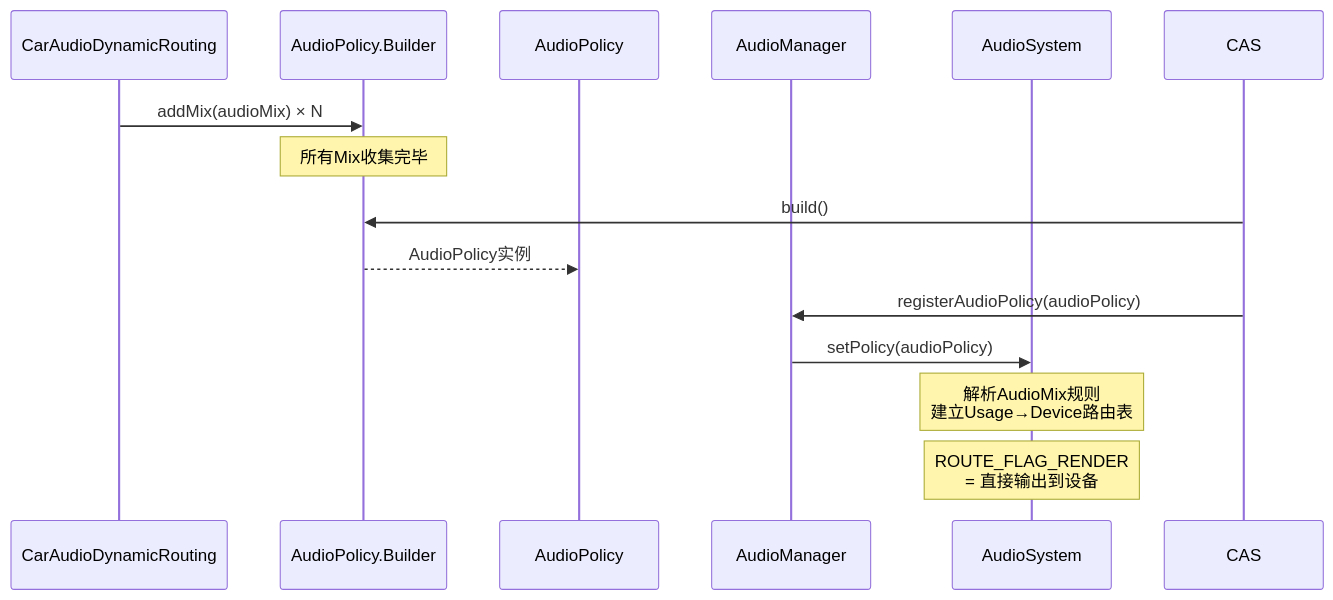
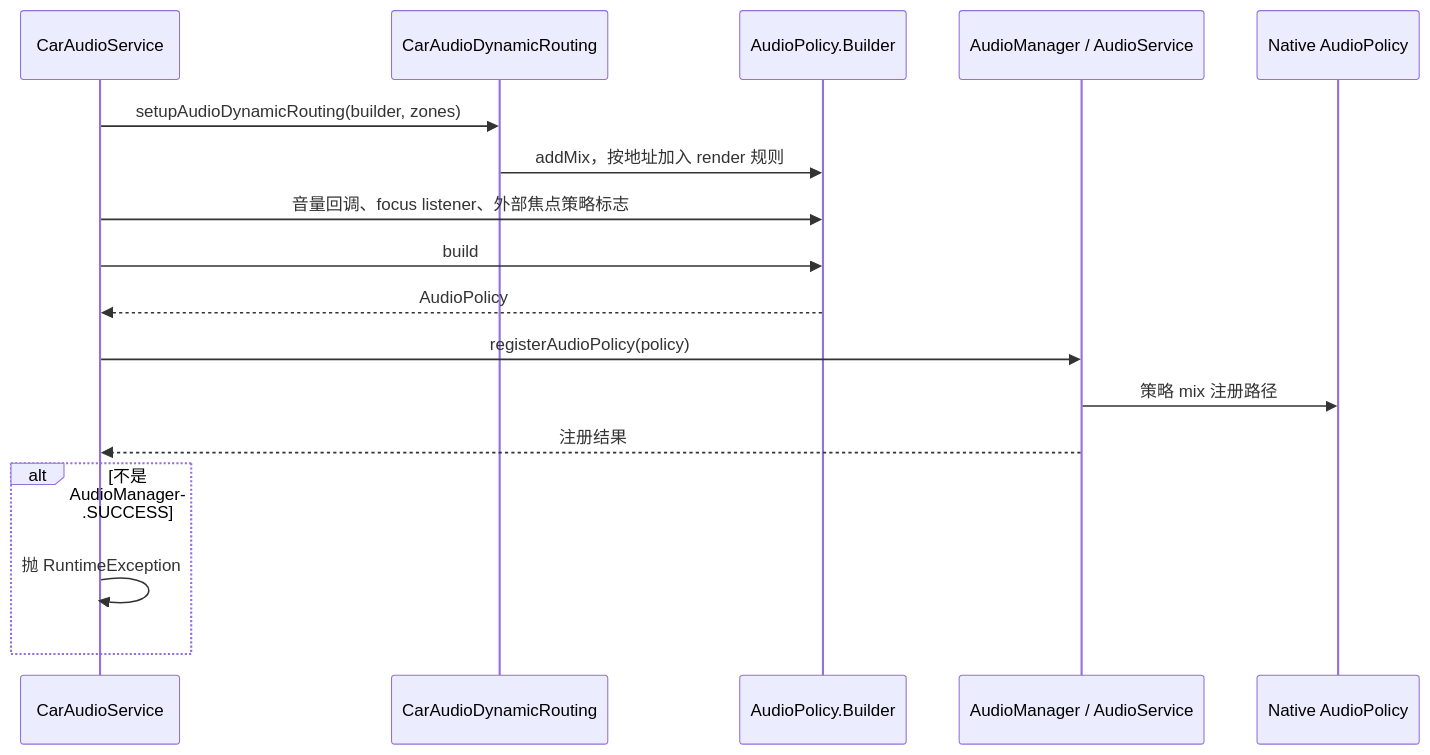
Before and after one commit to yanglinzhen1022/SA8295_AAOS_QNX_Audio_KnowledgeBase: the second of 2 diagrams in 09_AAOS_Car_Audio/09_9.11_CarAudioDynamicRouting-动态路由构建.md, drawn with Mermaid. The commit also changed other lines of this file and 11 other files, not shown here.

Commit message:
docs: rebuild AAOS routing and AudioControl v1 learning path

````diff
--- a/09_AAOS_Car_Audio/09_9.11_CarAudioDynamicRouting-动态路由构建.md
+++ b/09_AAOS_Car_Audio/09_9.11_CarAudioDynamicRouting-动态路由构建.md
@@ -196,16 +107,19 @@
 ```mermaid
 sequenceDiagram
-    participant CADR as CarAudioDynamicRouting
-    participant APB as AudioPolicy.Builder
-    participant AP as AudioPolicy
-    participant AM as AudioManager
-    participant AS as AudioSystem
-    CADR->>APB: addMix(audioMix) × N
-    Note over APB: 所有Mix收集完毕
-    CAS->>APB: build()
-    APB-->>AP: AudioPolicy实例
-    CAS->>AM: registerAudioPolicy(audioPolicy)
-    AM->>AS: setPolicy(audioPolicy)
-    Note over AS: 解析AudioMix规则<br/>建立Usage→Device路由表
-    Note over AS: ROUTE_FLAG_RENDER<br/>= 直接输出到设备
+    participant C as CarAudioService
+    participant D as CarAudioDynamicRouting
+    participant B as AudioPolicy.Builder
+    participant A as AudioManager / AudioService
+    participant P as Native AudioPolicy
+    C->>D: setupAudioDynamicRouting(builder, zones)
+    D->>B: addMix，按地址加入 render 规则
+    C->>B: 音量回调、focus listener、外部焦点策略标志
+    C->>B: build
+    B-->>C: AudioPolicy
+    C->>A: registerAudioPolicy(policy)
+    A->>P: 策略 mix 注册路径
+    A-->>C: 注册结果
+    alt 不是 AudioManager.SUCCESS
+        C->>C: 抛 RuntimeException
+    end
 ```
````
